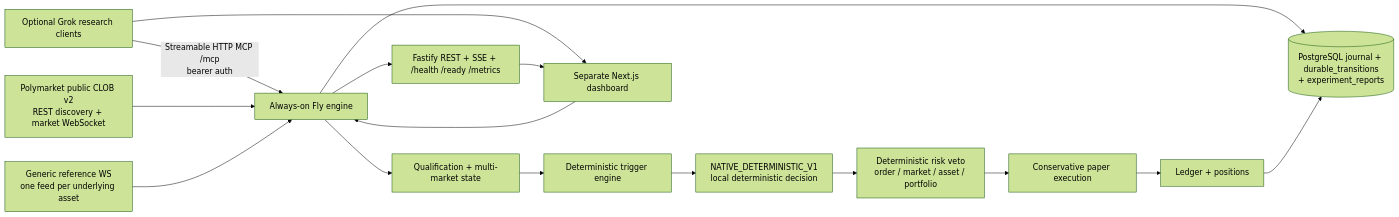
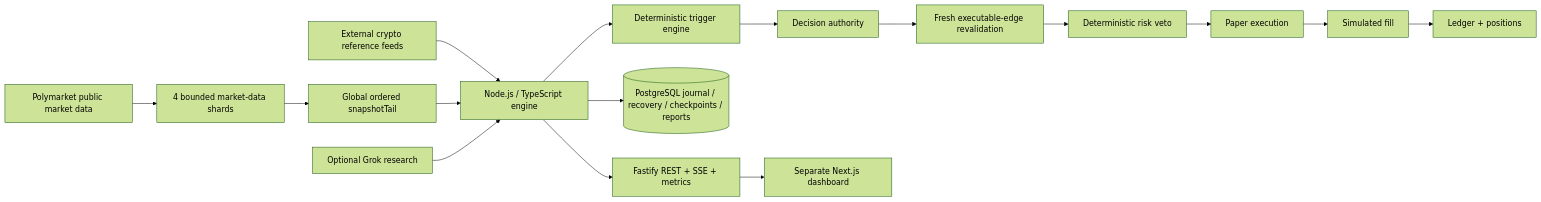
One commit to mstfgncr23-eng/Polymarket-Engine changed the diagram in README.md. Above: the diagram before and after it, drawn with Mermaid (forest theme). The commit also changed other lines of this file, not shown here.

Commit message:
docs: refresh README for current OVH production architecture

````diff
--- a/README.md
+++ b/README.md
@@ -11,18 +60,18 @@
 ```mermaid
 flowchart LR
-  GB[Optional Grok research clients] -->|Streamable HTTP MCP /mcp\nbearer auth| E[Always-on Fly engine]
-  PM[Polymarket public CLOB v2\nREST discovery + market WebSocket] --> E
-  REF[Generic reference WS\none feed per underlying asset] --> E
-  E --> Q[Qualification + multi-market state]
-  Q --> T[Deterministic trigger engine]
-  T --> N[NATIVE_DETERMINISTIC_V1\nlocal deterministic decision]
-  GB --> D[Grok scouting/diagnostics\nnon-authoritative]
-  D --> E
-  N --> R[Deterministic risk veto\norder / market / asset / portfolio]
-  R --> X[Conservative paper execution]
-  X --> L[Ledger + positions]
-  E --> J[(PostgreSQL journal + durable_transitions\n+ experiment_reports)]
-  L --> J
-  E --> API[Fastify REST + SSE + /health /ready /metrics]
-  API --> D[Separate Next.js dashboard]
+  PM[Polymarket public market data] --> S[4 bounded market-data shards]
+  REF[External crypto reference feeds] --> E
+  S --> O[Global ordered snapshotTail]
+  O --> E[Node.js / TypeScript engine]
+  E --> T[Deterministic trigger engine]
+  T --> A[Decision authority]
+  A --> R[Fresh executable-edge revalidation]
+  R --> V[Deterministic risk veto]
+  V --> X[Paper execution]
+  X --> F[Simulated fill]
+  F --> L[Ledger + positions]
+  E --> J[(PostgreSQL journal / recovery / checkpoints / reports)]
+  G[Optional Grok research] --> E
+  E --> API[Fastify REST + SSE + metrics]
+  API --> UI[Separate Next.js dashboard]
 ```
````
